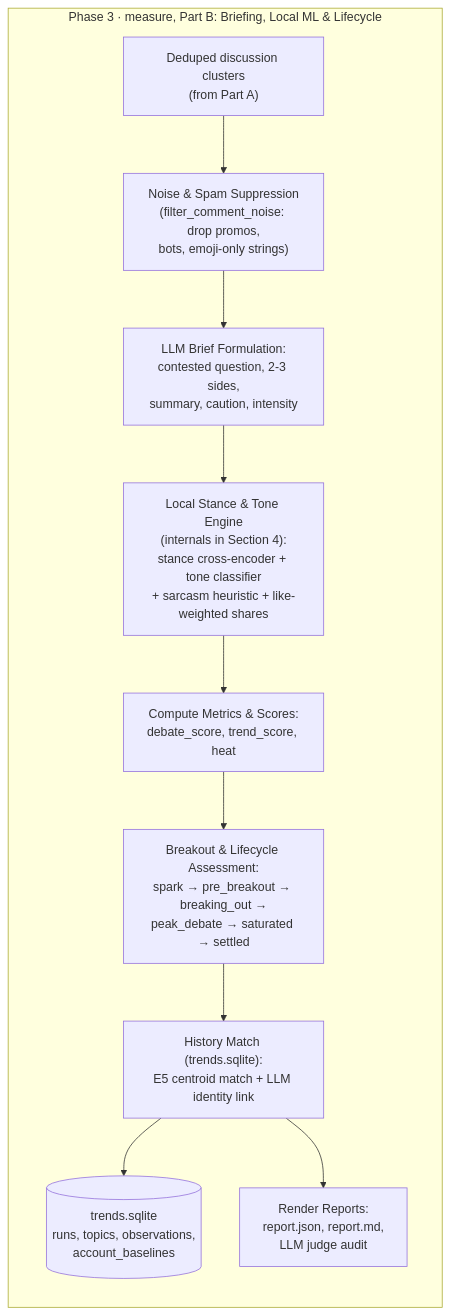
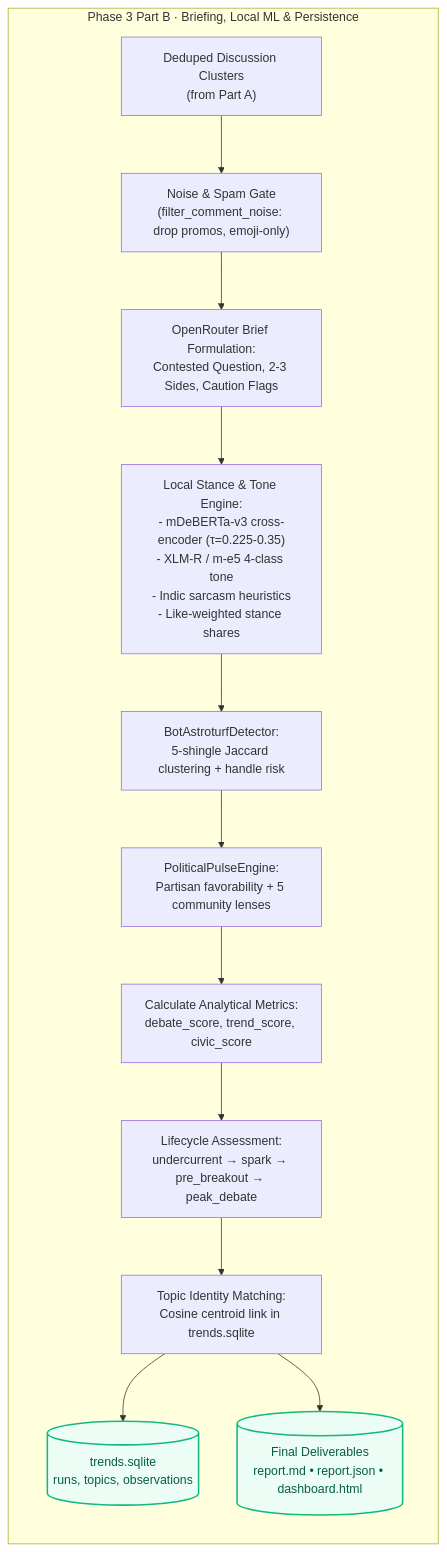
One commit to shankha06/identify-what-matters changed the seventh of 18 diagrams in docs/ARCHITECTURE.md. Above: the diagram before and after it, drawn with Mermaid. The commit also changed other lines of this file and 21 other files, not shown here.

First line of the commit message:
Add taxonomy, trend engine, and VM trainer for trend analysis

````diff
--- a/docs/ARCHITECTURE.md
+++ b/docs/ARCHITECTURE.md
@@ -195,17 +362,23 @@
 ```mermaid
 flowchart TD
-    subgraph MeasureB["Phase 3 · measure, Part B: Briefing, Local ML & Lifecycle"]
+    subgraph P3B["Phase 3 Part B · Briefing, Local ML & Persistence"]
         direction TB
-        FOLD_IN["Deduped discussion clusters<br/>(from Part A)"] --> NOISE_FILT["Noise & Spam Suppression<br/>(filter_comment_noise: drop promos,<br/>bots, emoji-only strings)"]
-        NOISE_FILT --> LLM_BRIEF["LLM Brief Formulation:<br/>contested question, 2-3 sides,<br/>summary, caution, intensity"]
+        DEDUPE_IN["Deduped Discussion Clusters<br/>(from Part A)"] --> NOISE_DROP["Noise & Spam Gate<br/>(filter_comment_noise: drop promos, emoji-only)"]
+        NOISE_DROP --> LLM_BRIEF["OpenRouter Brief Formulation:<br/>Contested Question, 2-3 Sides, Caution Flags"]
 
-        LLM_BRIEF --> LOCAL_OPINION["Local Stance & Tone Engine<br/>(internals in Section 4):<br/>stance cross-encoder + tone classifier<br/>+ sarcasm heuristic + like-weighted shares"]
+        LLM_BRIEF --> LOCAL_ENGINE["Local Stance & Tone Engine:<br/>- mDeBERTa-v3 cross-encoder (&tau;=0.225-0.35)<br/>- XLM-R / m-e5 4-class tone<br/>- Indic sarcasm heuristics<br/>- Like-weighted stance shares"]
 
-        LOCAL_OPINION --> METRICS["Compute Metrics & Scores:<br/>debate_score, trend_score, heat"]
-        METRICS --> TRAJ["Breakout & Lifecycle Assessment:<br/>spark &rarr; pre_breakout &rarr; breaking_out &rarr;<br/>peak_debate &rarr; saturated &rarr; settled"]
-        TRAJ --> HIST_MATCH["History Match (trends.sqlite):<br/>E5 centroid match + LLM identity link"]
+        LOCAL_ENGINE --> BOT_ENGINE["BotAstroturfDetector:<br/>5-shingle Jaccard clustering + handle risk"]
+        BOT_ENGINE --> PULSE_ENGINE["PoliticalPulseEngine:<br/>Partisan favorability + 5 community lenses"]
 
-        HIST_MATCH --> DB_SAVE[("trends.sqlite<br/>runs, topics, observations,<br/>account_baselines")]
-        HIST_MATCH --> REP["Render Reports:<br/>report.json, report.md,<br/>LLM judge audit"]
+        PULSE_ENGINE --> METRICS["Calculate Analytical Metrics:<br/>debate_score, trend_score, civic_score"]
+        METRICS --> LIFECYCLE["Lifecycle Assessment:<br/>undercurrent &rarr; spark &rarr; pre_breakout &rarr; peak_debate"]
+        LIFECYCLE --> HIST_LINK["Topic Identity Matching:<br/>Cosine centroid link in trends.sqlite"]
+
+        HIST_LINK --> DB_PERSIST[("trends.sqlite<br/>runs, topics, observations")]
+        HIST_LINK --> OUT_REPORTS[("Final Deliverables<br/>report.md • report.json • dashboard.html")]
     end
+
+    classDef store fill:#ecfdf5,stroke:#10b981,stroke-width:2px,color:#065f46;
+    class DB_PERSIST,OUT_REPORTS store;
 ```
````
